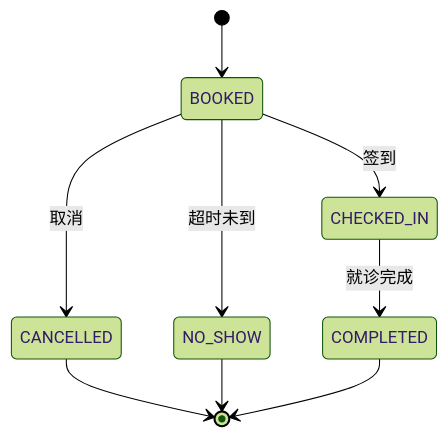
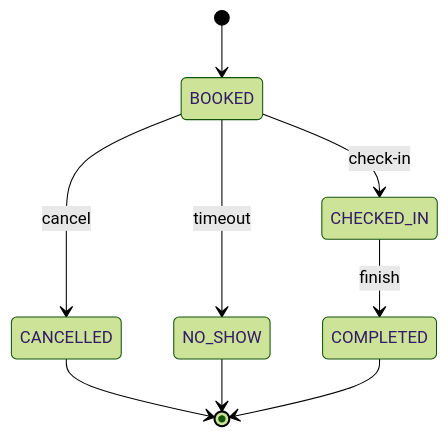
Before and after one commit to lijianding/spec-learning: the third of 5 diagrams in docs/04-需求建模.md, drawn with Mermaid (forest theme). The commit also changed other lines of this file, not shown here.

````diff
--- a/docs/04-需求建模.md
+++ b/docs/04-需求建模.md
@@ -127,11 +196,11 @@
 ```mermaid
 stateDiagram-v2
 [*] --> BOOKED
-BOOKED --> CANCELLED: 取消
-BOOKED --> CHECKED_IN: 签到
-BOOKED --> NO_SHOW: 超时未到
-CHECKED_IN --> COMPLETED: 就诊完成
+BOOKED --> CANCELLED: cancel
+BOOKED --> CHECKED_IN: check-in
+BOOKED --> NO_SHOW: timeout
+CHECKED_IN --> COMPLETED: finish
 CANCELLED --> [*]
 NO_SHOW --> [*]
 COMPLETED --> [*]
 ```
````
